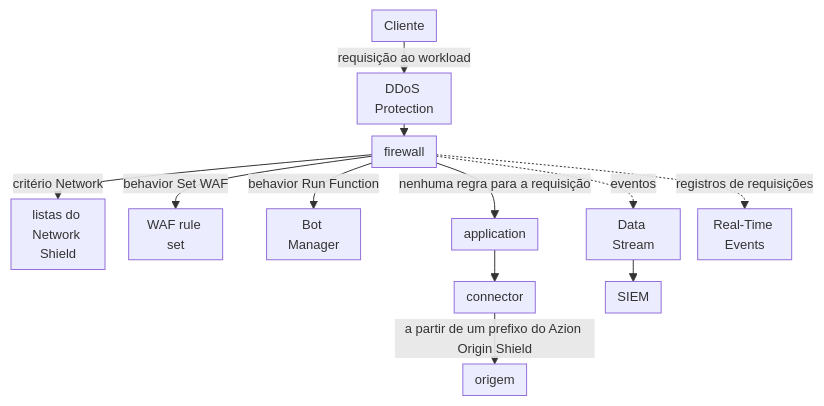
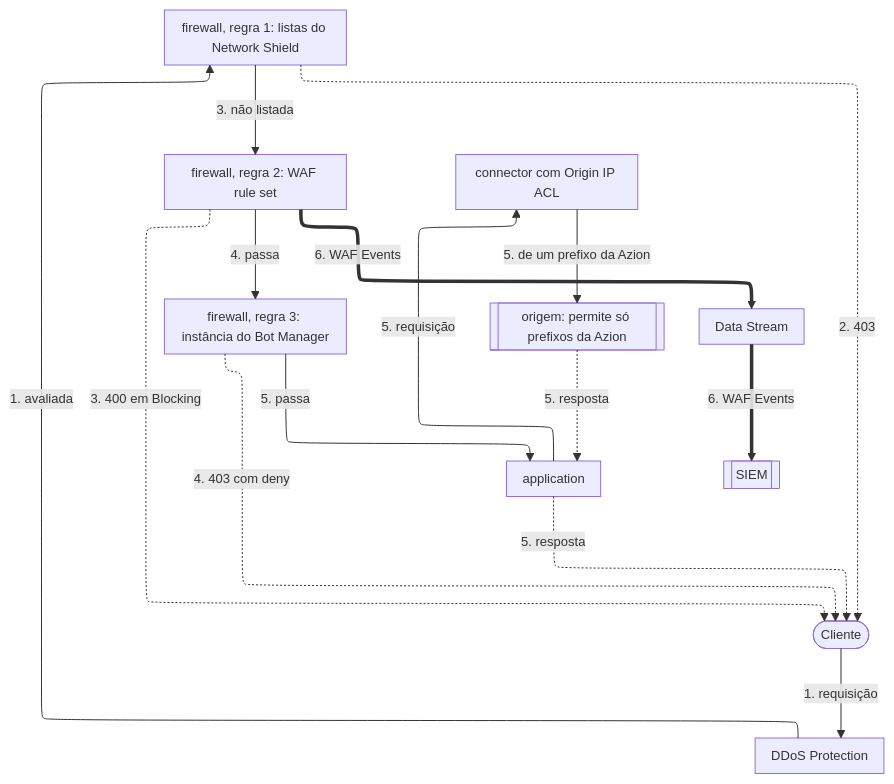
The diagram in apps/docs/src/content/docs/pt-br/pages/arquiteturas/edge-firewall/waap-arquitetura.mdx (aziontech/docs), drawn with Mermaid before and after one commit. The commit also changed other lines of this file and 179 other files, not shown here.

Commit message:
docs(diagrams): redraw every other diagram in the use-case diagram style (#2513)

````diff
--- a/apps/docs/src/content/docs/pt-br/pages/arquiteturas/edge-firewall/waap-arquitetura.mdx
+++ b/apps/docs/src/content/docs/pt-br/pages/arquiteturas/edge-firewall/waap-arquitetura.mdx
@@ -19,15 +21,28 @@
 ```mermaid
-%%{init: {"layout": "dagre", "themeVariables": {"fontSize": "13px"}, "flowchart": {"nodeSpacing": 12, "rankSpacing": 12, "padding": 6, "wrappingWidth": 70, "minNodeWidth": 40, "useMaxWidth": true}}}%%
+%%{init: {"layout": "elk", "elk": {"cycleBreakingStrategy": "MODEL_ORDER"}, "themeVariables": {"fontSize": "13px"}, "flowchart": {"nodeSpacing": 24, "rankSpacing": 36, "padding": 8, "wrappingWidth": 150, "useMaxWidth": true}, "sequence": {"width": 120, "actorMargin": 30, "useMaxWidth": true}}}%%
 flowchart TD
-  Client["Cliente"] -->|"requisição ao workload"| DDoS["DDoS Protection"]
-  DDoS --> FW["firewall"]
-  FW -->|"critério Network"| NS["listas do Network Shield"]
-  FW -->|"behavior Set WAF"| WAF["WAF rule set"]
-  FW -->|"behavior Run Function"| BM["Bot Manager"]
-  FW -->|"nenhuma regra para a requisição"| App["application"]
-  App --> Conn["connector"]
-  Conn -->|"a partir de um prefixo do Azion Origin Shield"| Origin["origem"]
-  FW -.->|"eventos"| DS["Data Stream"]
-  DS --> SIEM["SIEM"]
-  FW -.->|"registros de requisições"| RTE["Real-Time Events"]
+  Client(["Cliente"])
+  DDoS["DDoS Protection"]
+  Net["firewall, regra 1: listas do Network Shield"]
+  WAF["firewall, regra 2: WAF rule set"]
+  Bot["firewall, regra 3: instância do Bot Manager"]
+  App["application"]
+  Conn["connector com Origin IP ACL"]
+  Origin[["origem: permite só prefixos da Azion"]]
+  Stream["Data Stream"]
+  SIEM[["SIEM"]]
+  Client -->|"1. requisição"| DDoS
+  DDoS -->|"1. avaliada"| Net
+  Net -->|"3. não listada"| WAF
+  WAF -->|"4. passa"| Bot
+  Bot -->|"5. passa"| App
+  App -->|"5. requisição"| Conn
+  Conn -->|"5. de um prefixo da Azion"| Origin
+  Origin -.->|"5. resposta"| App
+  App -.->|"5. resposta"| Client
+  Net -.->|"2. 403"| Client
+  WAF -.->|"3. 400 em Blocking"| Client
+  Bot -.->|"4. 403 com deny"| Client
+  WAF ==>|"6. WAF Events"| Stream
+  Stream ==>|"6. WAF Events"| SIEM
 ```
````
